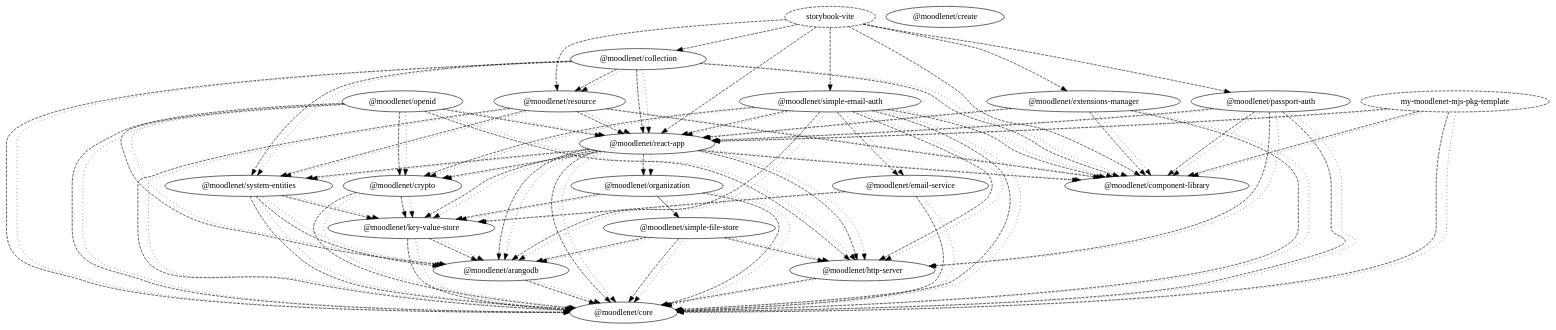
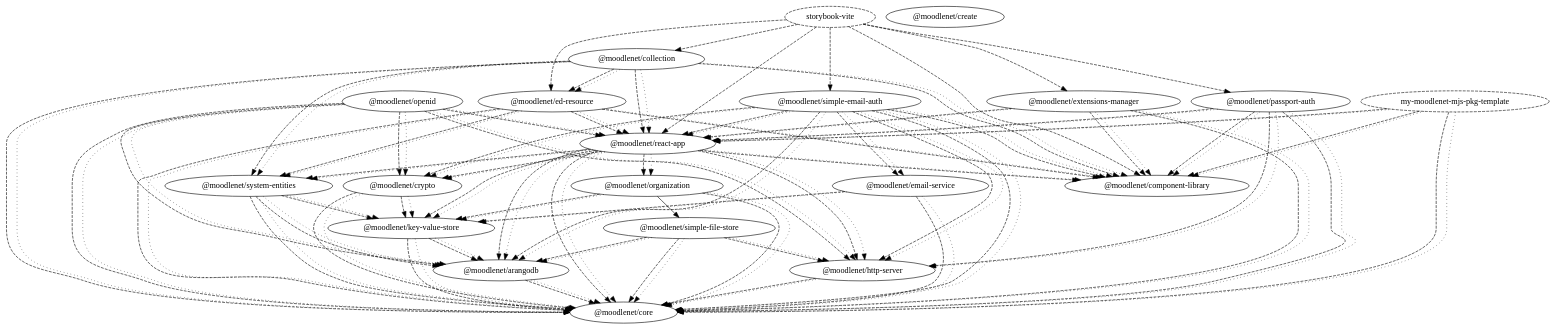
The diagram in dependency-graph.dot (moodle/moodlenet), drawn with Graphviz before and after one commit. The commit also changed 23 other files, not shown here.

```diff
--- a/dependency-graph.dot
+++ b/dependency-graph.dot
@@ -1,140 +1,140 @@
 digraph G {
   "@moodlenet/arangodb";
   "@moodlenet/core";
   "@moodlenet/collection";
   "@moodlenet/component-library";
-  "@moodlenet/resource";
+  "@moodlenet/ed-resource";
   "@moodlenet/system-entities";
   "@moodlenet/react-app";
   "@moodlenet/create";
   "@moodlenet/crypto";
   "@moodlenet/key-value-store";
   "@moodlenet/email-service";
   "@moodlenet/extensions-manager";
   "@moodlenet/http-server";
   "my-moodlenet-mjs-pkg-template" [ style = "dashed" ];
   "@moodlenet/openid";
   "@moodlenet/organization";
   "@moodlenet/simple-file-store";
   "@moodlenet/passport-auth";
   "@moodlenet/simple-email-auth";
   "storybook-vite" [ style = "dashed" ];
   "@moodlenet/arangodb" -> "@moodlenet/core" [ style = "dashed" ];
   "@moodlenet/arangodb" -> "@moodlenet/core" [ style = "dotted" ];
   "@moodlenet/collection" -> "@moodlenet/component-library" [ style = "dashed" ];
-  "@moodlenet/collection" -> "@moodlenet/resource" [ style = "dashed" ];
+  "@moodlenet/collection" -> "@moodlenet/ed-resource" [ style = "dashed" ];
   "@moodlenet/collection" -> "@moodlenet/system-entities" [ style = "dashed" ];
   "@moodlenet/collection" -> "@moodlenet/core" [ style = "dashed" ];
   "@moodlenet/collection" -> "@moodlenet/react-app" [ style = "dashed" ];
   "@moodlenet/collection" -> "@moodlenet/component-library" [ style = "dotted" ];
-  "@moodlenet/collection" -> "@moodlenet/resource" [ style = "dotted" ];
+  "@moodlenet/collection" -> "@moodlenet/ed-resource" [ style = "dotted" ];
   "@moodlenet/collection" -> "@moodlenet/system-entities" [ style = "dotted" ];
   "@moodlenet/collection" -> "@moodlenet/core" [ style = "dotted" ];
   "@moodlenet/collection" -> "@moodlenet/react-app" [ style = "dotted" ];
   "@moodlenet/crypto" -> "@moodlenet/core" [ style = "dashed" ];
   "@moodlenet/crypto" -> "@moodlenet/key-value-store" [ style = "dashed" ];
   "@moodlenet/crypto" -> "@moodlenet/core" [ style = "dotted" ];
   "@moodlenet/crypto" -> "@moodlenet/key-value-store" [ style = "dotted" ];
   "@moodlenet/email-service" -> "@moodlenet/core" [ style = "dashed" ];
   "@moodlenet/email-service" -> "@moodlenet/key-value-store" [ style = "dashed" ];
   "@moodlenet/email-service" -> "@moodlenet/core" [ style = "dotted" ];
   "@moodlenet/email-service" -> "@moodlenet/key-value-store" [ style = "dotted" ];
   "@moodlenet/extensions-manager" -> "@moodlenet/component-library" [ style = "dashed" ];
   "@moodlenet/extensions-manager" -> "@moodlenet/core" [ style = "dashed" ];
   "@moodlenet/extensions-manager" -> "@moodlenet/react-app" [ style = "dashed" ];
   "@moodlenet/extensions-manager" -> "@moodlenet/component-library" [ style = "dotted" ];
   "@moodlenet/extensions-manager" -> "@moodlenet/core" [ style = "dotted" ];
   "@moodlenet/extensions-manager" -> "@moodlenet/react-app" [ style = "dotted" ];
   "@moodlenet/http-server" -> "@moodlenet/core" [ style = "dashed" ];
   "@moodlenet/http-server" -> "@moodlenet/core" [ style = "dotted" ];
   "@moodlenet/key-value-store" -> "@moodlenet/arangodb" [ style = "dashed" ];
   "@moodlenet/key-value-store" -> "@moodlenet/core" [ style = "dashed" ];
   "@moodlenet/key-value-store" -> "@moodlenet/arangodb" [ style = "dotted" ];
   "@moodlenet/key-value-store" -> "@moodlenet/core" [ style = "dotted" ];
   "my-moodlenet-mjs-pkg-template" -> "@moodlenet/component-library" [ style = "dashed" ];
   "my-moodlenet-mjs-pkg-template" -> "@moodlenet/core" [ style = "dashed" ];
   "my-moodlenet-mjs-pkg-template" -> "@moodlenet/react-app" [ style = "dashed" ];
   "my-moodlenet-mjs-pkg-template" -> "@moodlenet/component-library" [ style = "dotted" ];
   "my-moodlenet-mjs-pkg-template" -> "@moodlenet/core" [ style = "dotted" ];
   "my-moodlenet-mjs-pkg-template" -> "@moodlenet/react-app" [ style = "dotted" ];
   "@moodlenet/openid" -> "@moodlenet/http-server" [ style = "dashed" ];
   "@moodlenet/openid" -> "@moodlenet/arangodb" [ style = "dashed" ];
   "@moodlenet/openid" -> "@moodlenet/core" [ style = "dashed" ];
   "@moodlenet/openid" -> "@moodlenet/crypto" [ style = "dashed" ];
   "@moodlenet/openid" -> "@moodlenet/react-app" [ style = "dashed" ];
   "@moodlenet/openid" -> "@moodlenet/http-server" [ style = "dotted" ];
   "@moodlenet/openid" -> "@moodlenet/arangodb" [ style = "dotted" ];
   "@moodlenet/openid" -> "@moodlenet/core" [ style = "dotted" ];
   "@moodlenet/openid" -> "@moodlenet/crypto" [ style = "dotted" ];
   "@moodlenet/openid" -> "@moodlenet/react-app" [ style = "dotted" ];
   "@moodlenet/organization" -> "@moodlenet/simple-file-store";
   "@moodlenet/organization" -> "@moodlenet/core" [ style = "dashed" ];
   "@moodlenet/organization" -> "@moodlenet/key-value-store" [ style = "dashed" ];
   "@moodlenet/organization" -> "@moodlenet/core" [ style = "dotted" ];
   "@moodlenet/organization" -> "@moodlenet/key-value-store" [ style = "dotted" ];
   "@moodlenet/passport-auth" -> "@moodlenet/component-library" [ style = "dashed" ];
   "@moodlenet/passport-auth" -> "@moodlenet/core" [ style = "dashed" ];
   "@moodlenet/passport-auth" -> "@moodlenet/http-server" [ style = "dashed" ];
   "@moodlenet/passport-auth" -> "@moodlenet/react-app" [ style = "dashed" ];
   "@moodlenet/passport-auth" -> "@moodlenet/component-library" [ style = "dotted" ];
   "@moodlenet/passport-auth" -> "@moodlenet/core" [ style = "dotted" ];
   "@moodlenet/passport-auth" -> "@moodlenet/http-server" [ style = "dotted" ];
   "@moodlenet/passport-auth" -> "@moodlenet/react-app" [ style = "dotted" ];
   "@moodlenet/react-app" -> "@moodlenet/arangodb" [ style = "dashed" ];
   "@moodlenet/react-app" -> "@moodlenet/component-library" [ style = "dashed" ];
   "@moodlenet/react-app" -> "@moodlenet/core" [ style = "dashed" ];
   "@moodlenet/react-app" -> "@moodlenet/crypto" [ style = "dashed" ];
   "@moodlenet/react-app" -> "@moodlenet/http-server" [ style = "dashed" ];
   "@moodlenet/react-app" -> "@moodlenet/key-value-store" [ style = "dashed" ];
   "@moodlenet/react-app" -> "@moodlenet/organization" [ style = "dashed" ];
   "@moodlenet/react-app" -> "@moodlenet/system-entities" [ style = "dashed" ];
   "@moodlenet/react-app" -> "@moodlenet/arangodb" [ style = "dotted" ];
   "@moodlenet/react-app" -> "@moodlenet/component-library" [ style = "dotted" ];
   "@moodlenet/react-app" -> "@moodlenet/core" [ style = "dotted" ];
   "@moodlenet/react-app" -> "@moodlenet/crypto" [ style = "dotted" ];
   "@moodlenet/react-app" -> "@moodlenet/http-server" [ style = "dotted" ];
   "@moodlenet/react-app" -> "@moodlenet/key-value-store" [ style = "dotted" ];
   "@moodlenet/react-app" -> "@moodlenet/organization" [ style = "dotted" ];
   "@moodlenet/react-app" -> "@moodlenet/system-entities" [ style = "dotted" ];
-  "@moodlenet/resource" -> "@moodlenet/component-library" [ style = "dashed" ];
-  "@moodlenet/resource" -> "@moodlenet/system-entities" [ style = "dashed" ];
-  "@moodlenet/resource" -> "@moodlenet/core" [ style = "dashed" ];
-  "@moodlenet/resource" -> "@moodlenet/react-app" [ style = "dashed" ];
-  "@moodlenet/resource" -> "@moodlenet/component-library" [ style = "dotted" ];
-  "@moodlenet/resource" -> "@moodlenet/system-entities" [ style = "dotted" ];
-  "@moodlenet/resource" -> "@moodlenet/core" [ style = "dotted" ];
-  "@moodlenet/resource" -> "@moodlenet/react-app" [ style = "dotted" ];
+  "@moodlenet/ed-resource" -> "@moodlenet/component-library" [ style = "dashed" ];
+  "@moodlenet/ed-resource" -> "@moodlenet/system-entities" [ style = "dashed" ];
+  "@moodlenet/ed-resource" -> "@moodlenet/core" [ style = "dashed" ];
+  "@moodlenet/ed-resource" -> "@moodlenet/react-app" [ style = "dashed" ];
+  "@moodlenet/ed-resource" -> "@moodlenet/component-library" [ style = "dotted" ];
+  "@moodlenet/ed-resource" -> "@moodlenet/system-entities" [ style = "dotted" ];
+  "@moodlenet/ed-resource" -> "@moodlenet/core" [ style = "dotted" ];
+  "@moodlenet/ed-resource" -> "@moodlenet/react-app" [ style = "dotted" ];
   "@moodlenet/simple-email-auth" -> "@moodlenet/arangodb" [ style = "dashed" ];
   "@moodlenet/simple-email-auth" -> "@moodlenet/component-library" [ style = "dashed" ];
   "@moodlenet/simple-email-auth" -> "@moodlenet/core" [ style = "dashed" ];
   "@moodlenet/simple-email-auth" -> "@moodlenet/crypto" [ style = "dashed" ];
   "@moodlenet/simple-email-auth" -> "@moodlenet/email-service" [ style = "dashed" ];
   "@moodlenet/simple-email-auth" -> "@moodlenet/http-server" [ style = "dashed" ];
   "@moodlenet/simple-email-auth" -> "@moodlenet/react-app" [ style = "dashed" ];
   "@moodlenet/simple-email-auth" -> "@moodlenet/arangodb" [ style = "dotted" ];
   "@moodlenet/simple-email-auth" -> "@moodlenet/component-library" [ style = "dotted" ];
   "@moodlenet/simple-email-auth" -> "@moodlenet/core" [ style = "dotted" ];
   "@moodlenet/simple-email-auth" -> "@moodlenet/crypto" [ style = "dotted" ];
   "@moodlenet/simple-email-auth" -> "@moodlenet/email-service" [ style = "dotted" ];
   "@moodlenet/simple-email-auth" -> "@moodlenet/http-server" [ style = "dotted" ];
   "@moodlenet/simple-email-auth" -> "@moodlenet/react-app" [ style = "dotted" ];
   "@moodlenet/simple-file-store" -> "@moodlenet/arangodb" [ style = "dashed" ];
   "@moodlenet/simple-file-store" -> "@moodlenet/core" [ style = "dashed" ];
   "@moodlenet/simple-file-store" -> "@moodlenet/http-server" [ style = "dashed" ];
   "@moodlenet/simple-file-store" -> "@moodlenet/arangodb" [ style = "dotted" ];
   "@moodlenet/simple-file-store" -> "@moodlenet/core" [ style = "dotted" ];
   "@moodlenet/simple-file-store" -> "@moodlenet/http-server" [ style = "dotted" ];
   "storybook-vite" -> "@moodlenet/component-library" [ style = "dashed" ];
   "storybook-vite" -> "@moodlenet/extensions-manager" [ style = "dashed" ];
   "storybook-vite" -> "@moodlenet/passport-auth" [ style = "dashed" ];
   "storybook-vite" -> "@moodlenet/react-app" [ style = "dashed" ];
   "storybook-vite" -> "@moodlenet/simple-email-auth" [ style = "dashed" ];
-  "storybook-vite" -> "@moodlenet/resource" [ style = "dashed" ];
+  "storybook-vite" -> "@moodlenet/ed-resource" [ style = "dashed" ];
   "storybook-vite" -> "@moodlenet/collection" [ style = "dashed" ];
   "@moodlenet/system-entities" -> "@moodlenet/arangodb" [ style = "dashed" ];
   "@moodlenet/system-entities" -> "@moodlenet/core" [ style = "dashed" ];
   "@moodlenet/system-entities" -> "@moodlenet/key-value-store" [ style = "dashed" ];
   "@moodlenet/system-entities" -> "@moodlenet/arangodb" [ style = "dotted" ];
   "@moodlenet/system-entities" -> "@moodlenet/core" [ style = "dotted" ];
   "@moodlenet/system-entities" -> "@moodlenet/key-value-store" [ style = "dotted" ];
 }
```
